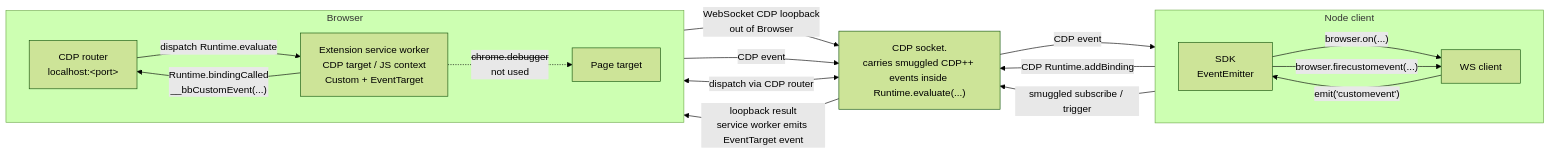
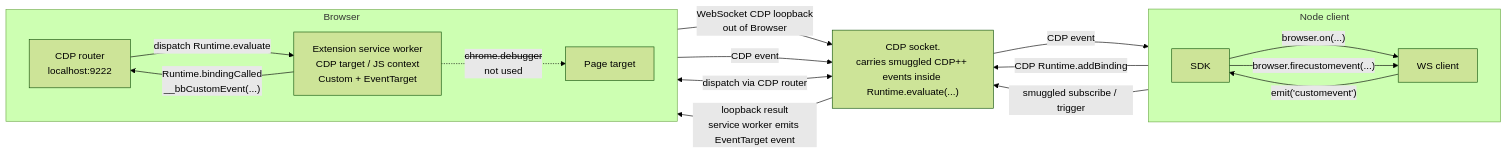
The fourth of 4 diagrams in README.md (pirate/chrome-cdp-extension-bridge), drawn with Mermaid (forest theme) before and after one commit. The commit also changed other lines of this file, not shown here.

Commit message:
Use concrete diagram labels

````diff
--- a/README.md
+++ b/README.md
@@ -138,31 +138,31 @@
 ```mermaid
 flowchart LR
   subgraph Node["Node client"]
     direction LR
-    SDK["SDK<br/>EventEmitter"]
+    SDK["SDK"]
     WS["WS client"]
     SDK -->|"browser.on(...)"| WS
     SDK -->|"browser.firecustomevent(...)"| WS
   end
 
   subgraph Browser["Browser"]
     direction LR
-    CDP["CDP router<br/>localhost:&lt;port&gt;"]
+    CDP["CDP router<br/>localhost:9222"]
     SW["Extension service worker<br/>CDP target / JS context<br/>Custom + EventTarget"]
     Page["Page target"]
     CDP -->|"dispatch Runtime.evaluate"| SW
     SW -. "<s>chrome.debugger</s><br/>not used" .-> Page
   end
 
   Socket["CDP socket.<br/>carries smuggled CDP++ events inside Runtime.evaluate(...)"]
 
   WS -->|"CDP Runtime.addBinding"| Socket
   WS -->|"smuggled subscribe / trigger"| Socket
   Socket <-->|"dispatch via CDP router"| CDP
   SW -->|"WebSocket CDP loopback<br/>out of Browser"| Socket
   Socket -->|"loopback result<br/>service worker emits EventTarget event"| SW
   SW -->|"Runtime.bindingCalled<br/>__bbCustomEvent(...)"| CDP
   CDP -->|"CDP event"| Socket
   Socket -->|"CDP event"| WS
   WS -->|"emit('customevent')"| SDK
 ```
````
